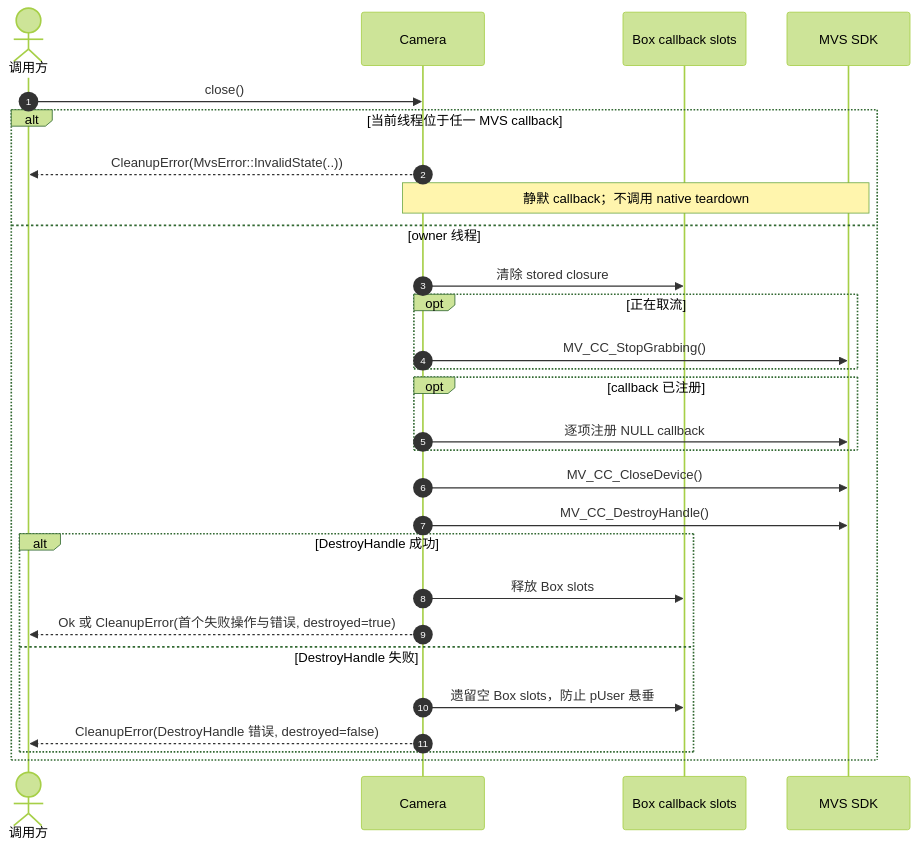
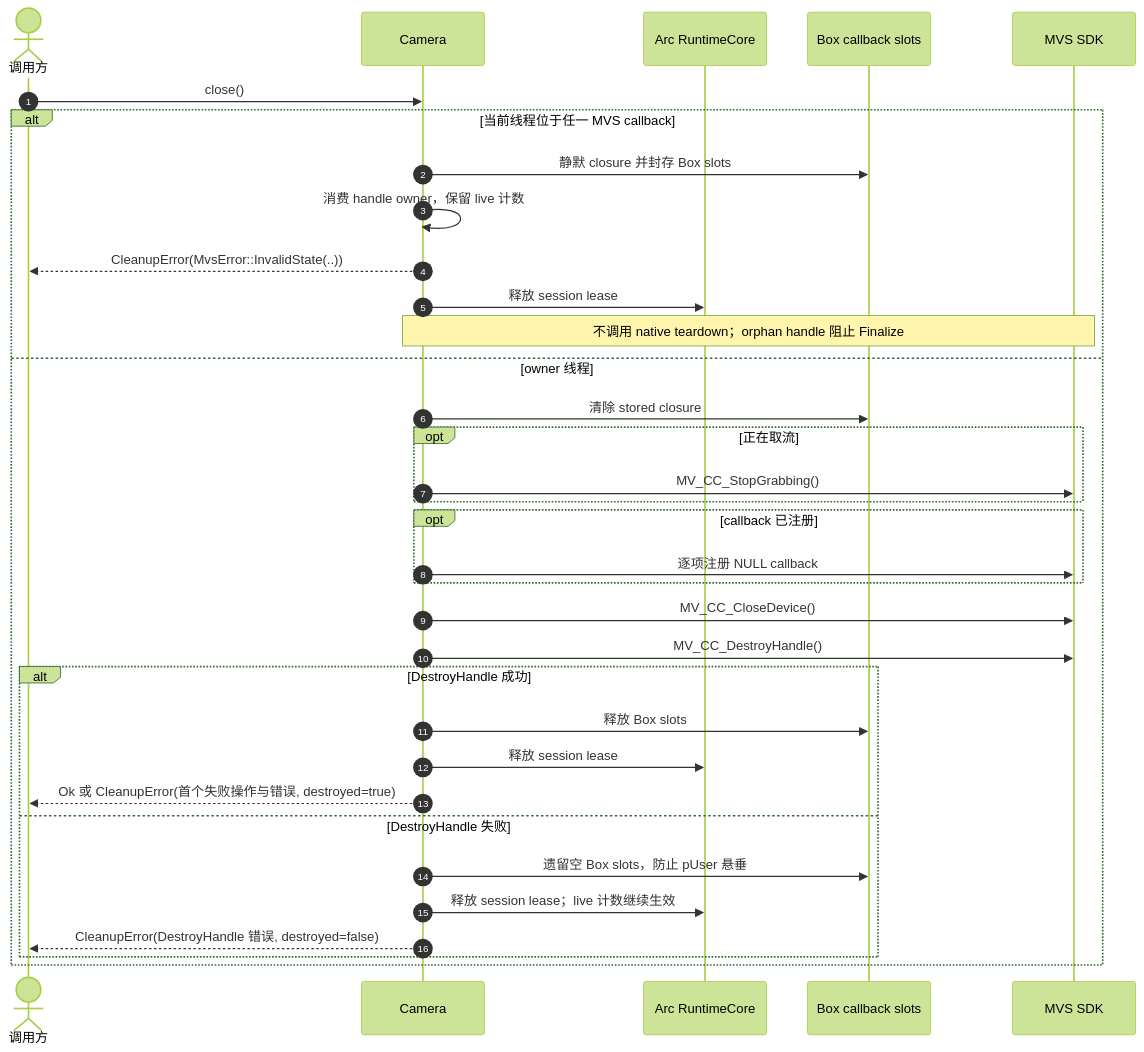
Before and after one commit to JSB-Unscarred/mvs-sdk-rs: the diagram in 时序图/Camera显式关闭与Drop兜底.md, drawn with Mermaid (forest theme). The commit also changed other lines of this file and 19 other files, not shown here.

````diff
--- a/时序图/Camera显式关闭与Drop兜底.md
+++ b/时序图/Camera显式关闭与Drop兜底.md
@@ -3,31 +3,37 @@
 ```mermaid
 sequenceDiagram
     autonumber
     actor Caller as 调用方
     participant Camera as Camera
+    participant Runtime as Arc RuntimeCore
     participant Slots as Box callback slots
     participant Native as MVS SDK
 
     Caller->>Camera: close()
     alt 当前线程位于任一 MVS callback
+        Camera->>Slots: 静默 closure 并封存 Box slots
+        Camera->>Camera: 消费 handle owner，保留 live 计数
         Camera-->>Caller: CleanupError(MvsError::InvalidState(..))
-        Note over Camera,Native: 静默 callback；不调用 native teardown
+        Camera->>Runtime: 释放 session lease
+        Note over Camera,Native: 不调用 native teardown；orphan handle 阻止 Finalize
     else owner 线程
         Camera->>Slots: 清除 stored closure
         opt 正在取流
             Camera->>Native: MV_CC_StopGrabbing()
         end
         opt callback 已注册
             Camera->>Native: 逐项注册 NULL callback
         end
         Camera->>Native: MV_CC_CloseDevice()
         Camera->>Native: MV_CC_DestroyHandle()
         alt DestroyHandle 成功
             Camera->>Slots: 释放 Box slots
+            Camera->>Runtime: 释放 session lease
             Camera-->>Caller: Ok 或 CleanupError(首个失败操作与错误, destroyed=true)
         else DestroyHandle 失败
             Camera->>Slots: 遗留空 Box slots，防止 pUser 悬垂
+            Camera->>Runtime: 释放 session lease；live 计数继续生效
             Camera-->>Caller: CleanupError(DestroyHandle 错误, destroyed=false)
         end
     end
 ```
````
